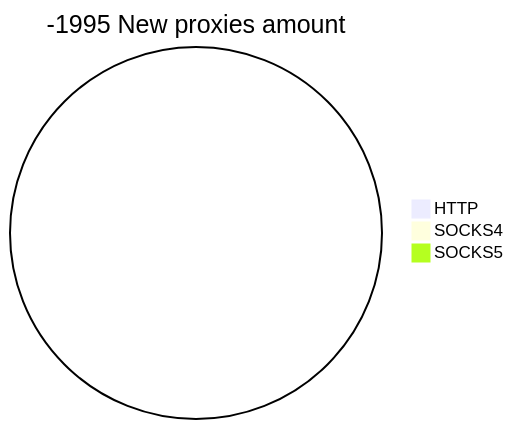
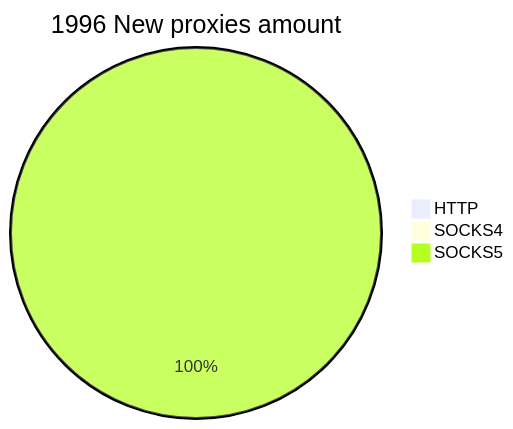
One commit to cutipu/proxylist changed the second of 2 diagrams in README.md. Above: the diagram before and after it, drawn with Mermaid. The commit also changed other lines of this file, not shown here.

````diff
--- a/README.md
+++ b/README.md
@@ -10,6 +10,6 @@
 ```mermaid
-pie title -1995 New proxies amount
+pie title 1996 New proxies amount
     "HTTP" : 0
     "SOCKS4" : 0
-    "SOCKS5" : 0
+    "SOCKS5" : 1998
 ```
````
